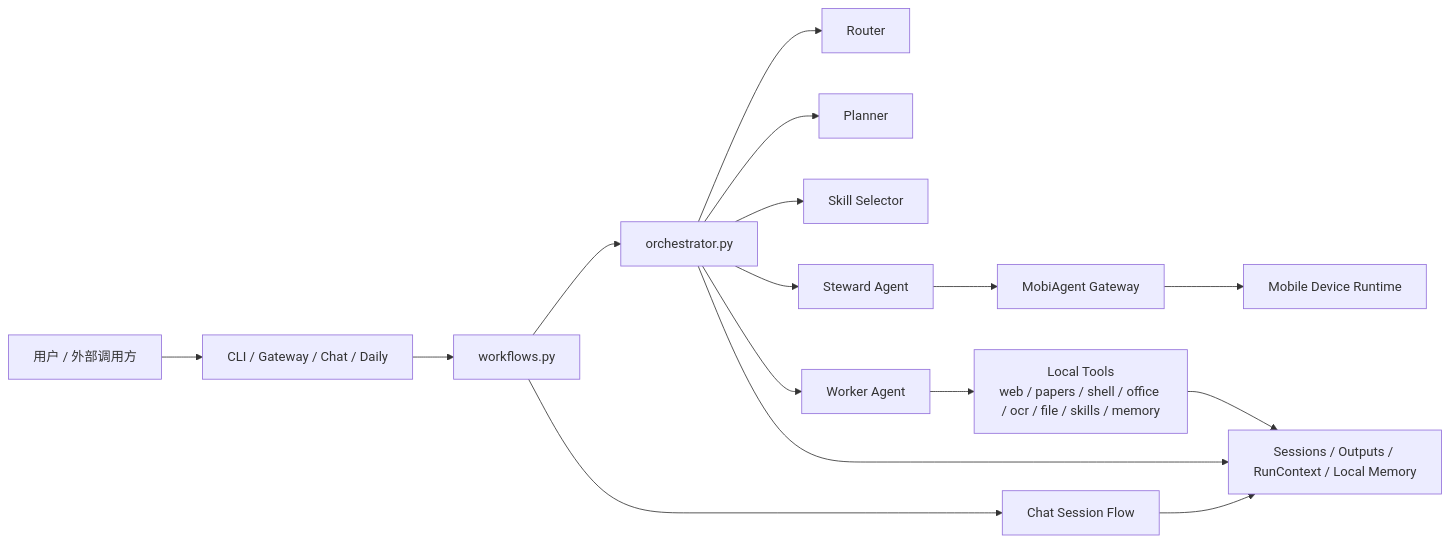
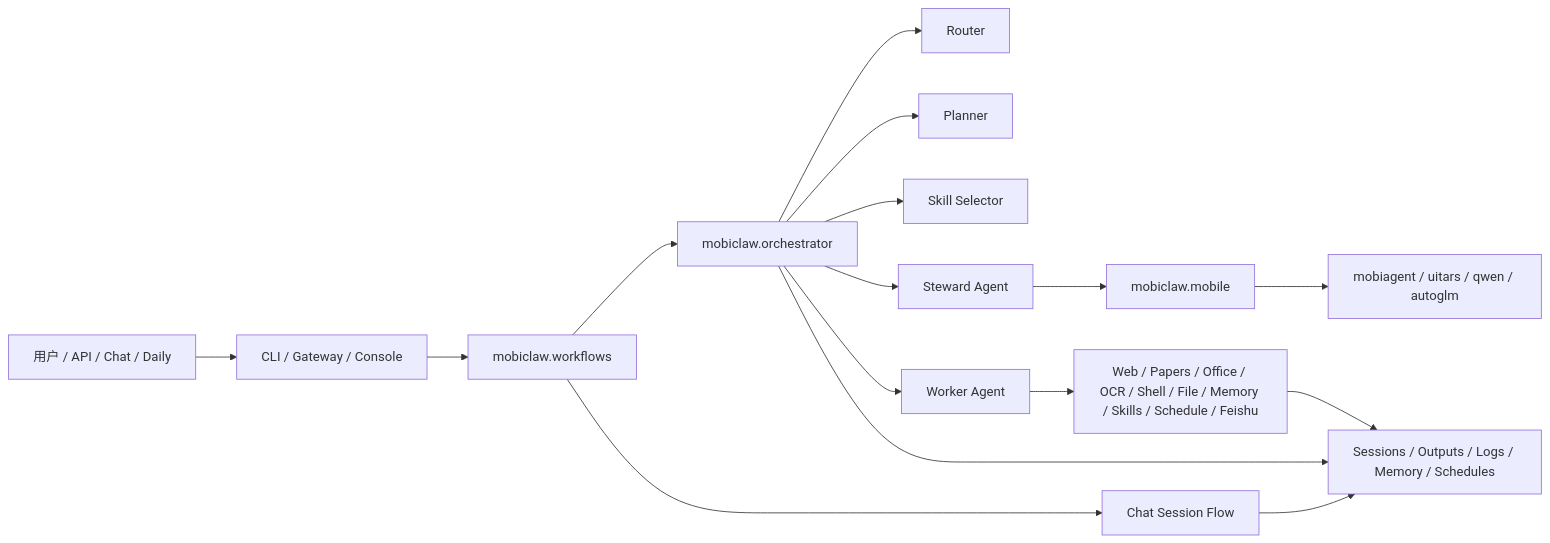
One commit to IPADS-SAI/MobiClaw changed the diagram in docs/MobiClaw-简化架构图.md. Above: the diagram before and after it, drawn with Mermaid. The commit also changed other lines of this file and 7 other files, not shown here.

````diff
--- a/docs/MobiClaw-简化架构图.md
+++ b/docs/MobiClaw-简化架构图.md
@@ -5,22 +5,21 @@
 ```mermaid
 flowchart LR
-    U[用户 / 外部调用方] --> E[CLI / Gateway / Chat / Daily]
-    E --> WF[workflows.py]
-    WF --> ORCH[orchestrator.py]
+    U[用户 / API / Chat / Daily] --> E[CLI / Gateway / Console]
+    E --> WF[mobiclaw.workflows]
+    WF --> ORCH[mobiclaw.orchestrator]
     WF --> CHAT[Chat Session Flow]
 
     ORCH --> R[Router]
     ORCH --> P[Planner]
     ORCH --> S[Skill Selector]
     ORCH --> W[Worker Agent]
     ORCH --> ST[Steward Agent]
 
-    W --> T[Local Tools\nweb / papers / shell / office / ocr / file / skills / memory]
-    ST --> MG[MobiAgent Gateway]
-    MG --> PHONE[Mobile Device Runtime]
+    W --> T[Web / Papers / Office / OCR / Shell / File / Memory / Skills / Schedule / Feishu]
+    ST --> M[mobiclaw.mobile]
+    M --> MP[mobiagent / uitars / qwen / autoglm]
 
-    CHAT --> STATE[Sessions / Outputs / RunContext / Local Memory]
+    CHAT --> STATE[Sessions / Outputs / Logs / Memory / Schedules]
     ORCH --> STATE
     T --> STATE
-
 ```
````
